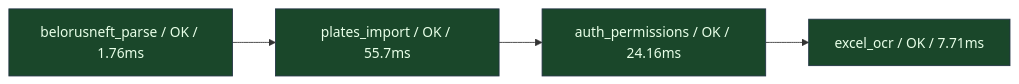
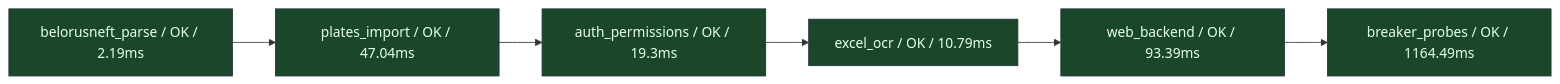
One commit to Asgarothhh/fuel-tracker-bot changed the diagram in prototiping/REPORT.md. Above: the diagram before and after it, drawn with Mermaid. The commit also changed other lines of this file and 79 other files, not shown here.

````diff
--- a/prototiping/REPORT.md
+++ b/prototiping/REPORT.md
@@ -71,13 +97,17 @@
 ```mermaid
 %% prototiping.reporting.diagram
 flowchart LR
-  N0["belorusneft_parse / OK / 1.76ms"]:::okNode
-  N1["plates_import / OK / 55.7ms"]:::okNode
-  N2["auth_permissions / OK / 24.16ms"]:::okNode
-  N3["excel_ocr / OK / 7.71ms"]:::okNode
+  N0["belorusneft_parse / OK / 2.19ms"]:::okNode
+  N1["plates_import / OK / 47.04ms"]:::okNode
+  N2["auth_permissions / OK / 19.3ms"]:::okNode
+  N3["excel_ocr / OK / 10.79ms"]:::okNode
+  N4["web_backend / OK / 93.39ms"]:::okNode
+  N5["breaker_probes / OK / 1164.49ms"]:::okNode
   classDef okNode fill:#1a472a,stroke:#234,color:#e8ffe8
   classDef failNode fill:#6b1c1c,stroke:#422,color:#ffe8e8
   N0 --> N1
   N1 --> N2
   N2 --> N3
+  N3 --> N4
+  N4 --> N5
 ```
````
